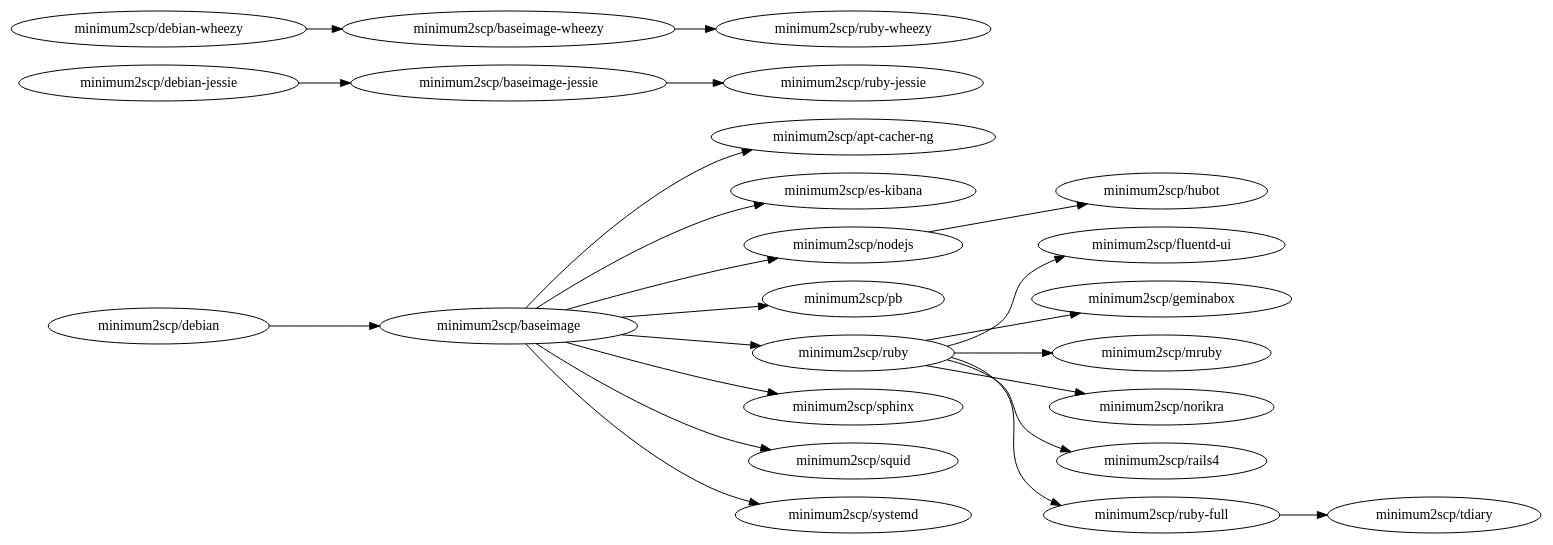
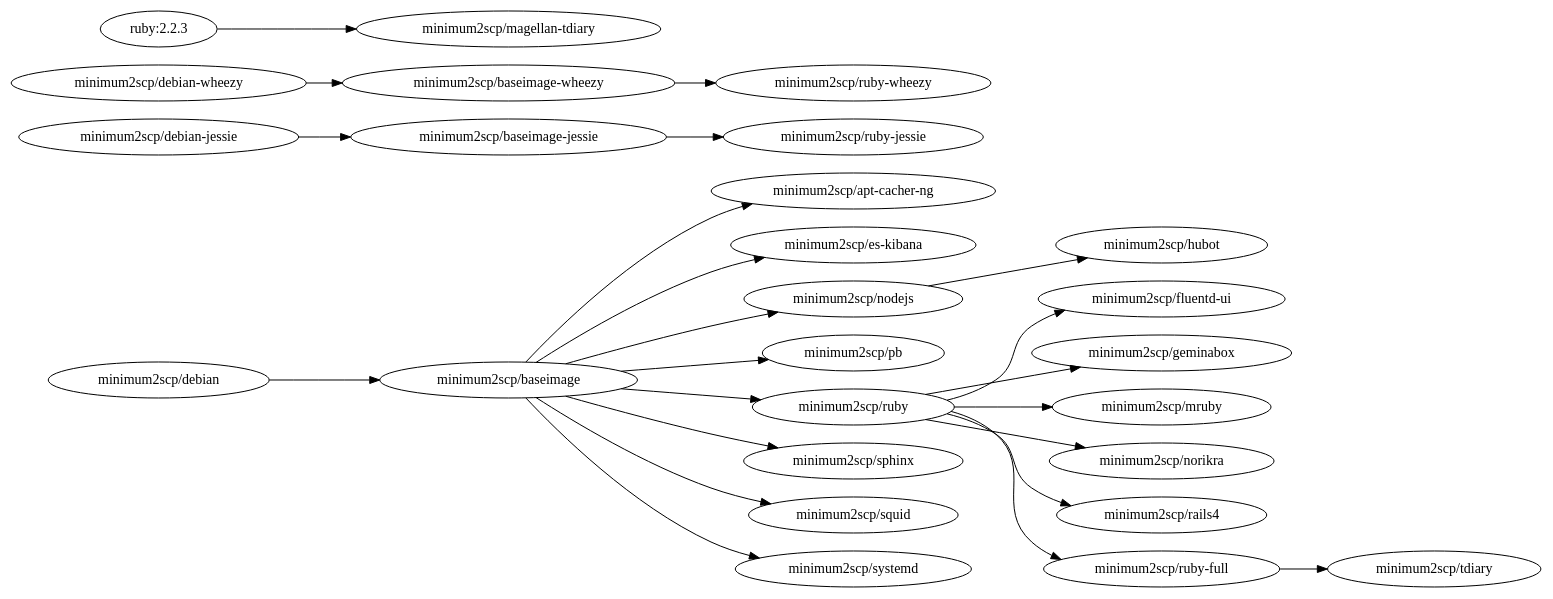
The diagram in deps.dot (minimum2scp/dockerfiles), drawn with Graphviz before and after one commit.

```diff
--- a/deps.dot
+++ b/deps.dot
@@ -1,42 +1,47 @@
 digraph deps {
   graph        [rankdir = "LR"];
   ratio = auto;
 
 
   acng              [label = "minimum2scp/apt-cacher-ng"];
   baseimage         [label = "minimum2scp/baseimage"];
   baseimage_jessie  [label = "minimum2scp/baseimage-jessie"];
   baseimage_wheezy  [label = "minimum2scp/baseimage-wheezy"];
   debian            [label = "minimum2scp/debian"];
   debian_jessie     [label = "minimum2scp/debian-jessie"];
   debian_wheezy     [label = "minimum2scp/debian-wheezy"];
   es_kibana         [label = "minimum2scp/es-kibana"];
   fluentd_ui        [label = "minimum2scp/fluentd-ui"];
   geminabox         [label = "minimum2scp/geminabox"];
   hubot             [label = "minimum2scp/hubot"];
   mruby             [label = "minimum2scp/mruby"];
   nodejs            [label = "minimum2scp/nodejs"];
   norikra           [label = "minimum2scp/norikra"];
   pb                [label = "minimum2scp/pb"];
   rails4            [label = "minimum2scp/rails4"];
   ruby              [label = "minimum2scp/ruby"];
   ruby_full         [label = "minimum2scp/ruby-full"];
   ruby_jessie       [label = "minimum2scp/ruby-jessie"];
   ruby_wheezy       [label = "minimum2scp/ruby-wheezy"];
   sphinx            [label = "minimum2scp/sphinx"];
   squid             [label = "minimum2scp/squid"];
   systemd           [label = "minimum2scp/systemd"];
   tdiary            [label = "minimum2scp/tdiary"];
 
   debian    -> baseimage;
   baseimage -> {acng, es_kibana, nodejs, pb, ruby, sphinx, squid, systemd};
   ruby      -> {fluentd_ui, geminabox, mruby, norikra, rails4, ruby_full};
   ruby_full -> {tdiary};
   nodejs    -> {hubot};
 
   debian_jessie    -> baseimage_jessie;
   baseimage_jessie -> ruby_jessie;
 
   debian_wheezy    -> baseimage_wheezy;
   baseimage_wheezy -> ruby_wheezy;
+
+
+  ruby_223         [label = "ruby:2.2.3"];
+  magellan_tdiary  [label = "minimum2scp/magellan-tdiary"];
+  ruby_223 -> magellan_tdiary;
 }
```
